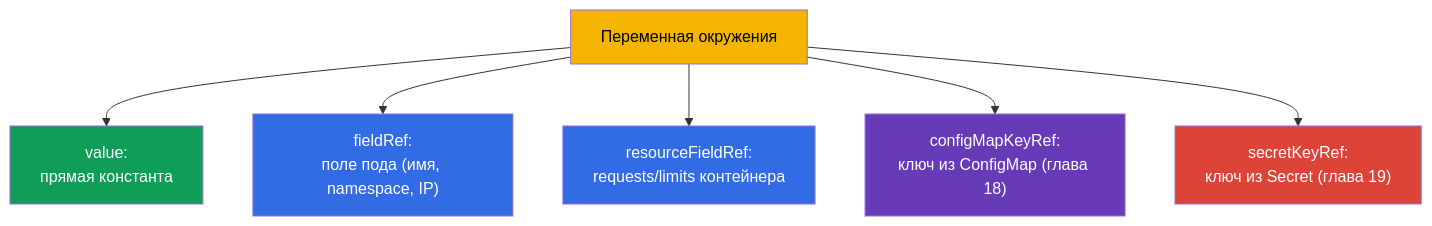
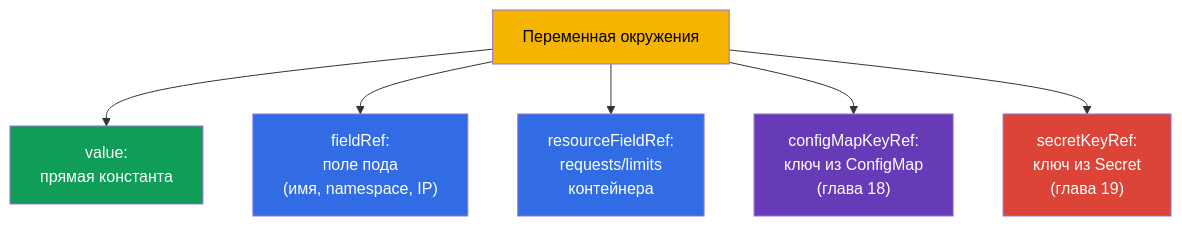
The third of 3 diagrams in tasks/cka/course/17/ru.md (ViktorUJ/cks), drawn with Mermaid before and after one commit. The commit also changed other lines of this file, not shown here.

````diff
--- a/tasks/cka/course/17/ru.md
+++ b/tasks/cka/course/17/ru.md
@@ -133,15 +133,15 @@
 ```mermaid
 flowchart TB
     env["Переменная окружения"]
     env --> v1["value:<br>прямая константа"]
-    env --> v2["fieldRef:<br>поле пода (имя, namespace, IP)"]
-    env --> v3["resourceFieldRef:<br>requests/limits контейнера"]
-    env --> v4["configMapKeyRef:<br>ключ из ConfigMap (глава 18)"]
-    env --> v5["secretKeyRef:<br>ключ из Secret (глава 19)"]
+    env --> v2["fieldRef:<br>поле пода<br>(имя, namespace, IP)"]
+    env --> v3["resourceFieldRef:<br>requests/limits<br>контейнера"]
+    env --> v4["configMapKeyRef:<br>ключ из ConfigMap<br>(глава 18)"]
+    env --> v5["secretKeyRef:<br>ключ из Secret<br>(глава 19)"]
     style env fill:#f4b400,color:#000
     style v1 fill:#0f9d58,color:#fff
     style v2 fill:#326ce5,color:#fff
     style v3 fill:#326ce5,color:#fff
     style v4 fill:#673ab7,color:#fff
     style v5 fill:#db4437,color:#fff
 ```
````
